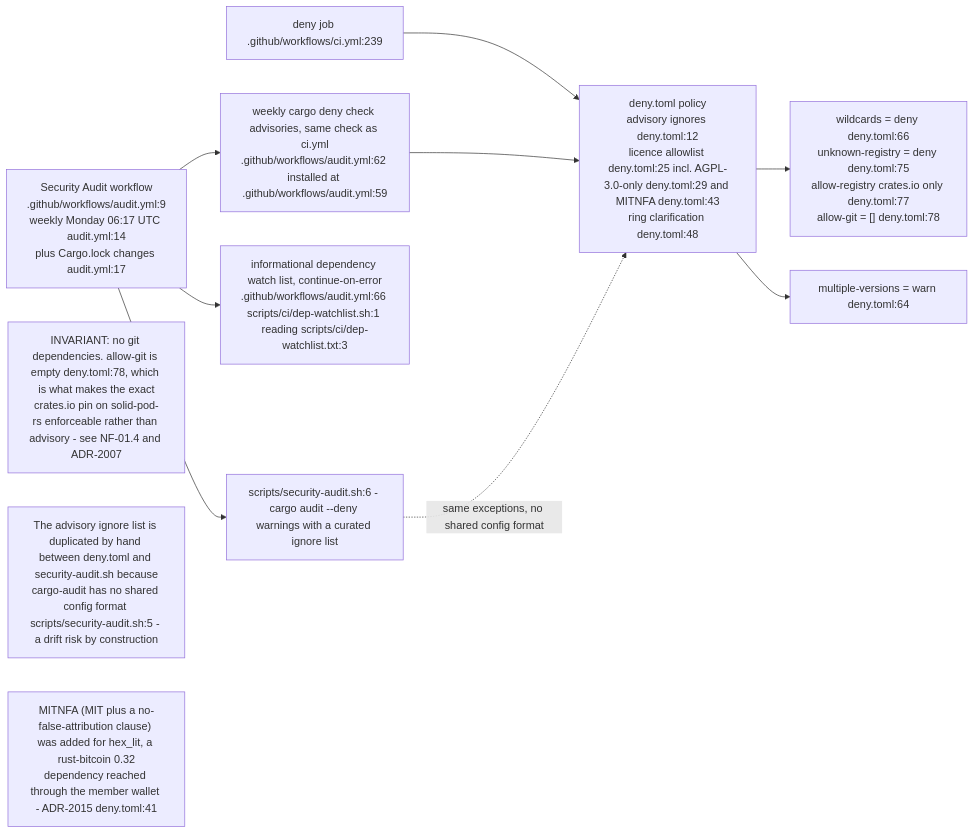
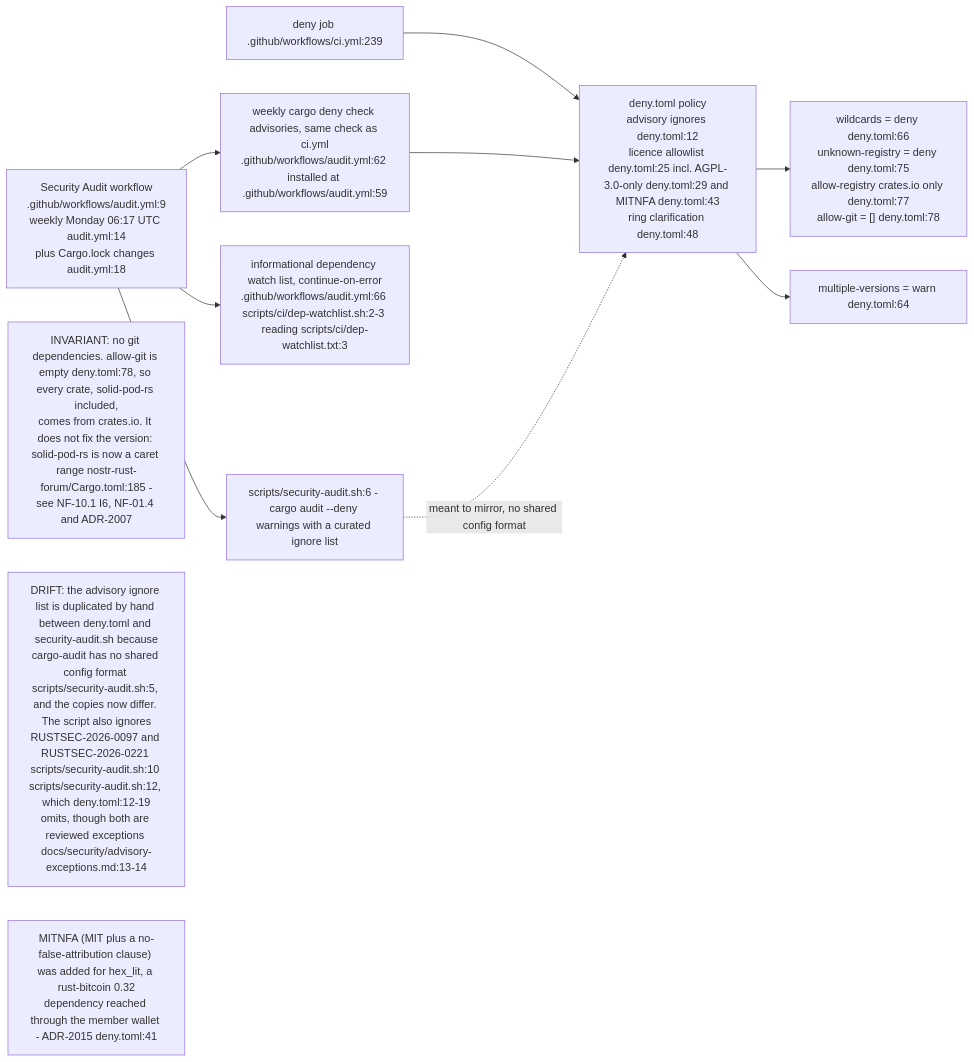
The second of 9 diagrams in docs/diagrams/nostr-rust-forum/09-ci-deploy-canary-and-validation.md (DreamLab-AI/VisionFlow), drawn with Mermaid before and after one commit. The commit also changed other lines of this file and 91 other files, not shown here.

First line of the commit message:
docs(audit): estate audit wave 2, every repository except agentbox and VisionClaw

````diff
--- a/docs/diagrams/nostr-rust-forum/09-ci-deploy-canary-and-validation.md
+++ b/docs/diagrams/nostr-rust-forum/09-ci-deploy-canary-and-validation.md
@@ -74,22 +81,22 @@
 ```mermaid
 flowchart LR
     DENYJ["deny job .github/workflows/ci.yml:239"]
-    AUD["Security Audit workflow<br/>.github/workflows/audit.yml:9<br/>weekly Monday 06:17 UTC audit.yml:14<br/>plus Cargo.lock changes audit.yml:17"]
+    AUD["Security Audit workflow<br/>.github/workflows/audit.yml:9<br/>weekly Monday 06:17 UTC audit.yml:14<br/>plus Cargo.lock changes audit.yml:18"]
     AUDD["weekly cargo deny check advisories, same check as ci.yml<br/>.github/workflows/audit.yml:62 installed at .github/workflows/audit.yml:59"]
-    DEPW["informational dependency watch list, continue-on-error<br/>.github/workflows/audit.yml:66 scripts/ci/dep-watchlist.sh:1 reading scripts/ci/dep-watchlist.txt:3"]
+    DEPW["informational dependency watch list, continue-on-error<br/>.github/workflows/audit.yml:66 scripts/ci/dep-watchlist.sh:2-3 reading scripts/ci/dep-watchlist.txt:3"]
     SH["scripts/security-audit.sh:6 - cargo audit --deny warnings with a curated ignore list"]
     POL["deny.toml policy<br/>advisory ignores deny.toml:12<br/>licence allowlist deny.toml:25 incl. AGPL-3.0-only deny.toml:29 and MITNFA deny.toml:43<br/>ring clarification deny.toml:48"]
     HARD["wildcards = deny deny.toml:66<br/>unknown-registry = deny deny.toml:75<br/>allow-registry crates.io only deny.toml:77<br/>allow-git = [] deny.toml:78"]
     SOFT["multiple-versions = warn deny.toml:64"]
 
     DENYJ --> POL --> HARD
     POL --> SOFT
     AUD --> SH
     AUD --> AUDD --> POL
     AUD --> DEPW
-    SH -.->|"same exceptions, no shared config format"| POL
+    SH -.->|"meant to mirror, no shared config format"| POL
 
-    N1["INVARIANT: no git dependencies. allow-git is empty deny.toml:78, which is what makes the exact<br/>crates.io pin on solid-pod-rs enforceable rather than advisory - see NF-01.4 and ADR-2007"]
-    N2["The advisory ignore list is duplicated by hand between deny.toml and security-audit.sh because<br/>cargo-audit has no shared config format scripts/security-audit.sh:5 - a drift risk by construction"]
+    N1["INVARIANT: no git dependencies. allow-git is empty deny.toml:78, so every crate, solid-pod-rs included,<br/>comes from crates.io. It does not fix the version: solid-pod-rs is now a caret range nostr-rust-forum/Cargo.toml:185 -<br/>see NF-10.1 I6, NF-01.4 and ADR-2007"]
+    N2["DRIFT: the advisory ignore list is duplicated by hand between deny.toml and security-audit.sh because<br/>cargo-audit has no shared config format scripts/security-audit.sh:5, and the copies now differ. The script also ignores<br/>RUSTSEC-2026-0097 and RUSTSEC-2026-0221 scripts/security-audit.sh:10 scripts/security-audit.sh:12, which deny.toml:12-19<br/>omits, though both are reviewed exceptions docs/security/advisory-exceptions.md:13-14"]
     N3["MITNFA (MIT plus a no-false-attribution clause) was added for hex_lit, a rust-bitcoin 0.32<br/>dependency reached through the member wallet - ADR-2015 deny.toml:41"]
 ```
````
